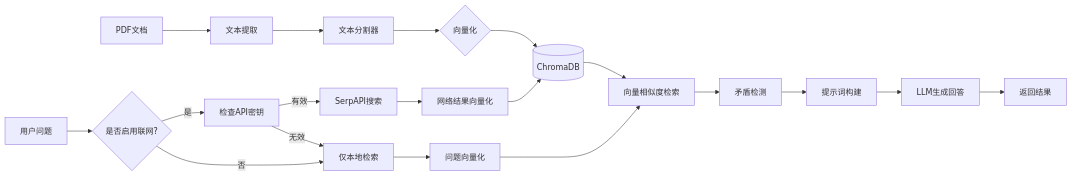
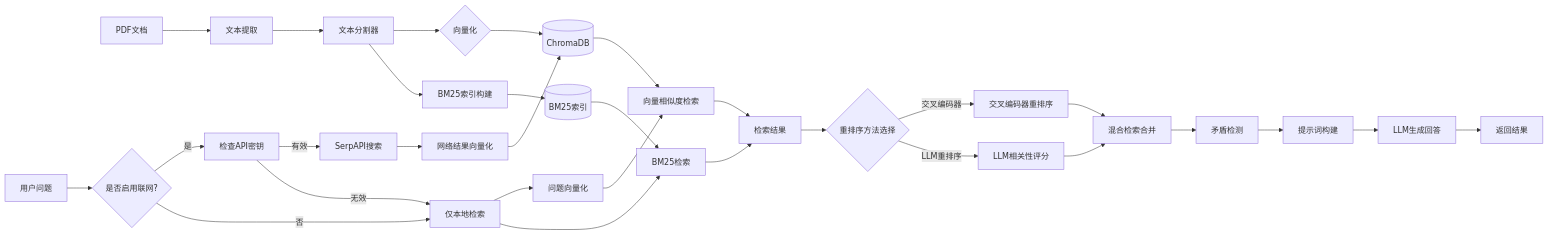
Before and after one commit to wzlstudy/Local_Pdf_Chat_RAG: the third of 3 diagrams in readme.md, drawn with Mermaid. The commit also changed other lines of this file and 12 other files, not shown here.

````diff
--- a/readme.md
+++ b/readme.md
@@ -191,23 +238,35 @@
 ```mermaid
 flowchart LR
     A[PDF文档] --> B[文本提取]
     B --> C[文本分割器]
     C --> D{向量化}
     D --> E[(ChromaDB)]
+    C --> F[BM25索引构建]
+    F --> G[(BM25索引)]
     
-    F[用户问题] --> G{是否启用联网?}
-    G -->|是| H[检查API密钥] 
-    H -->|有效| I[SerpAPI搜索]
-    H -->|无效| J[仅本地检索]
-    I --> K[网络结果向量化]
-    K --> E
-    G -->|否| J
+    H[用户问题] --> I{是否启用联网?}
+    I -->|是| J[检查API密钥] 
+    J -->|有效| K[SerpAPI搜索]
+    J -->|无效| L[仅本地检索]
+    K --> M[网络结果向量化]
+    M --> E
+    I -->|否| L
     
-    J --> L[问题向量化]
-    L --> M[向量相似度检索]
-    E --> M
-    M --> N[矛盾检测]
-    N --> O[提示词构建]
-    O --> P[LLM生成回答]
-    P --> Q[返回结果]
+    L --> N[问题向量化]
+    N --> O[向量相似度检索]
+    E --> O
+    L --> P[BM25检索]
+    G --> P
+    
+    O --> Q[检索结果]
+    P --> Q
+    Q --> R{重排序方法选择}
+    R -->|交叉编码器| S[交叉编码器重排序]
+    R -->|LLM重排序| T[LLM相关性评分]
+    S --> U[混合检索合并]
+    T --> U
+    U --> V[矛盾检测]
+    V --> W[提示词构建]
+    W --> X[LLM生成回答]
+    X --> Y[返回结果]
 ```
````
